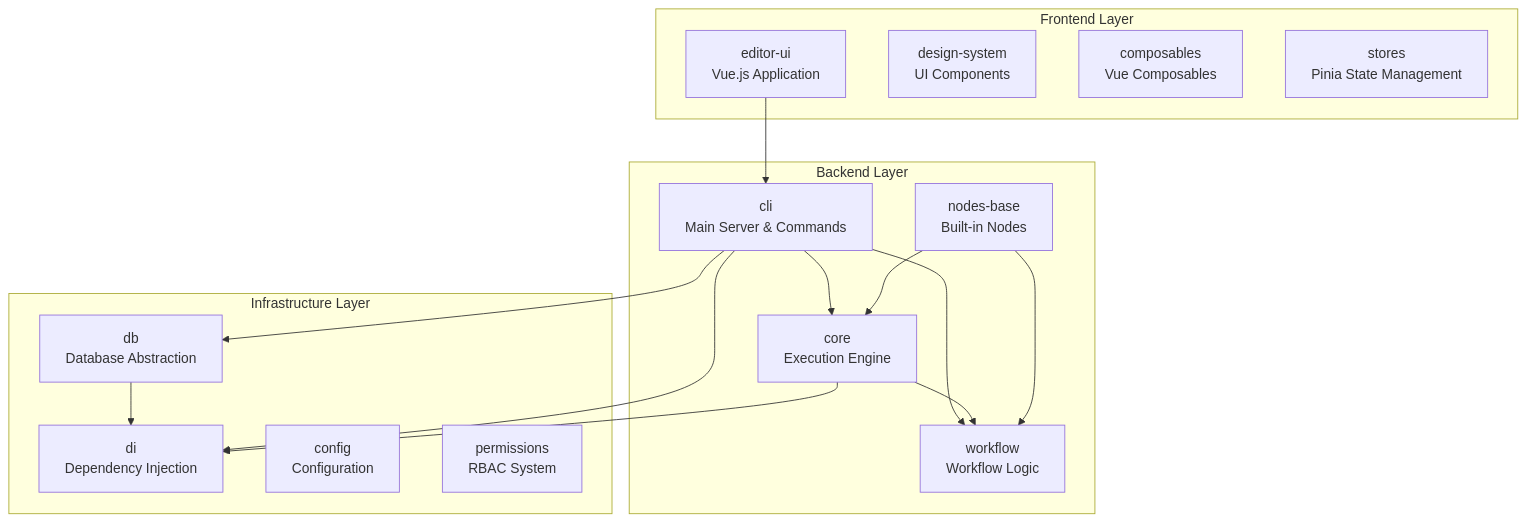
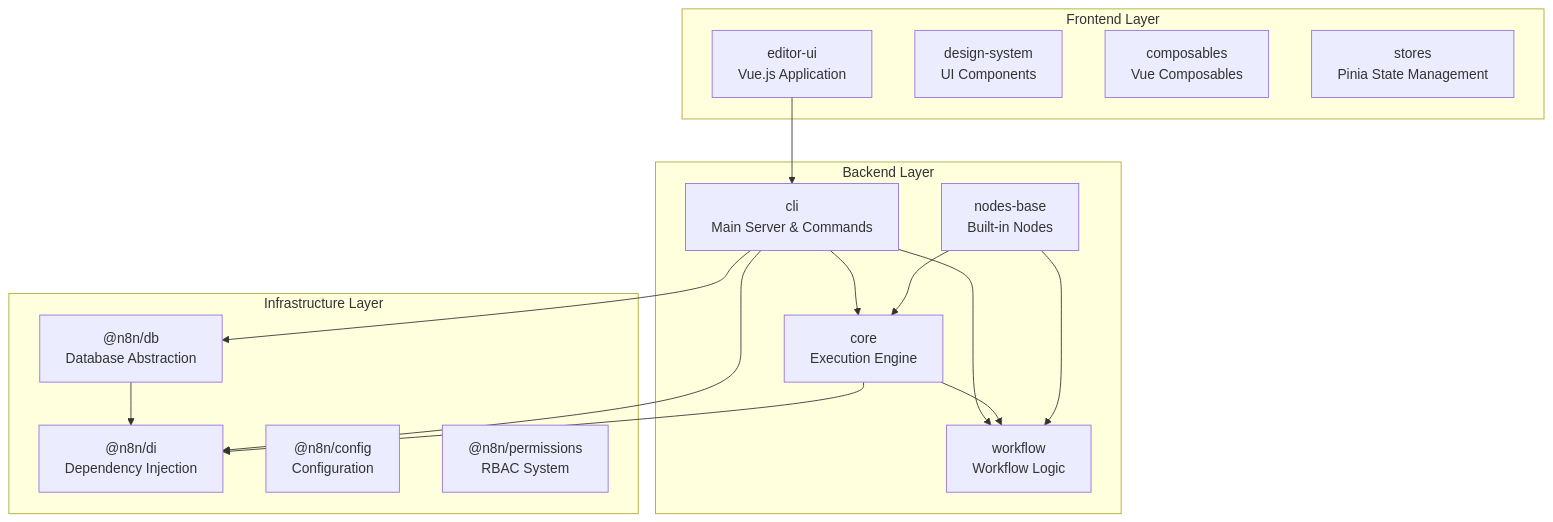
One commit to haroldlucero/n8n changed the first of 3 diagrams in docs/architecture/system-overview.md. Above: the diagram before and after it, drawn with Mermaid. The commit also changed other lines of this file and 26 other files, not shown here.

````diff
--- a/docs/architecture/system-overview.md
+++ b/docs/architecture/system-overview.md
@@ -19,35 +21,35 @@
 ```mermaid
 graph TB
     subgraph "Frontend Layer"
         UI[editor-ui<br/>Vue.js Application]
         DS[design-system<br/>UI Components]
         COMP[composables<br/>Vue Composables]
         STORES[stores<br/>Pinia State Management]
     end
-    
+
     subgraph "Backend Layer"
         CLI[cli<br/>Main Server & Commands]
         CORE[core<br/>Execution Engine]
         WF[workflow<br/>Workflow Logic]
         NODES[nodes-base<br/>Built-in Nodes]
     end
-    
+
     subgraph "Infrastructure Layer"
-        DB[db<br/>Database Abstraction]
-        DI[di<br/>Dependency Injection]
-        CONFIG[config<br/>Configuration]
-        PERM[permissions<br/>RBAC System]
+        DB["@n8n/db<br/>Database Abstraction"]
+        DI["@n8n/di<br/>Dependency Injection"]
+        CONFIG["@n8n/config<br/>Configuration"]
+        PERM["@n8n/permissions<br/>RBAC System"]
     end
-    
+
     UI --> CLI
     CLI --> CORE
     CLI --> WF
     CLI --> DB
     CORE --> WF
     NODES --> CORE
     NODES --> WF
-    
+
     CLI --> DI
     CORE --> DI
     DB --> DI
 ```
````
